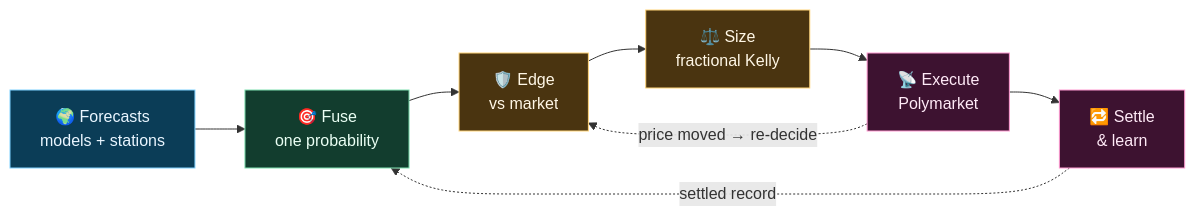
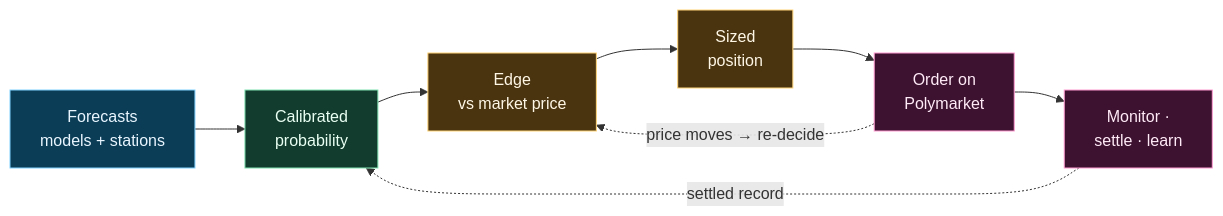
One commit to fitz-s/zeus changed the diagram in README.md. Above: the diagram before and after it, drawn with Mermaid. The commit also changed other lines of this file, not shown here.

First line of the commit message:
docs(readme): rewrite around the operating flow in plain README prose

````diff
--- a/README.md
+++ b/README.md
@@ -7,14 +10,14 @@
 ```mermaid
 flowchart LR
-    A["🌍 Forecasts<br/>models + stations"]:::src --> B["🎯 Fuse<br/>one probability"]:::calc
-    B --> C["🛡️ Edge<br/>vs market"]:::gate
-    C --> D["⚖️ Size<br/>fractional Kelly"]:::gate
-    D --> E["📡 Execute<br/>Polymarket"]:::exec
-    E --> F["🔁 Settle<br/>& learn"]:::exec
+    A["Forecasts<br/>models + stations"]:::a --> B["Calibrated<br/>probability"]:::b
+    B --> C["Edge<br/>vs market price"]:::c
+    C --> D["Sized<br/>position"]:::c
+    D --> E["Order on<br/>Polymarket"]:::d
+    E --> F["Monitor ·<br/>settle · learn"]:::d
     F -. "settled record" .-> B
-    E -. "price moved → re-decide" .-> C
-    classDef src fill:#0b3d57,stroke:#7fd1ff,color:#eaf6ff;
-    classDef calc fill:#123d2e,stroke:#7fe0b0,color:#eafff4;
-    classDef gate fill:#4a3410,stroke:#ffd479,color:#fff7e6;
-    classDef exec fill:#3d1230,stroke:#ff9ad1,color:#ffeaf7;
+    E -. "price moves → re-decide" .-> C
+    classDef a fill:#0b3d57,stroke:#7fd1ff,color:#eaf6ff;
+    classDef b fill:#123d2e,stroke:#7fe0b0,color:#eafff4;
+    classDef c fill:#4a3410,stroke:#ffd479,color:#fff7e6;
+    classDef d fill:#3d1230,stroke:#ff9ad1,color:#ffeaf7;
 ```
````
